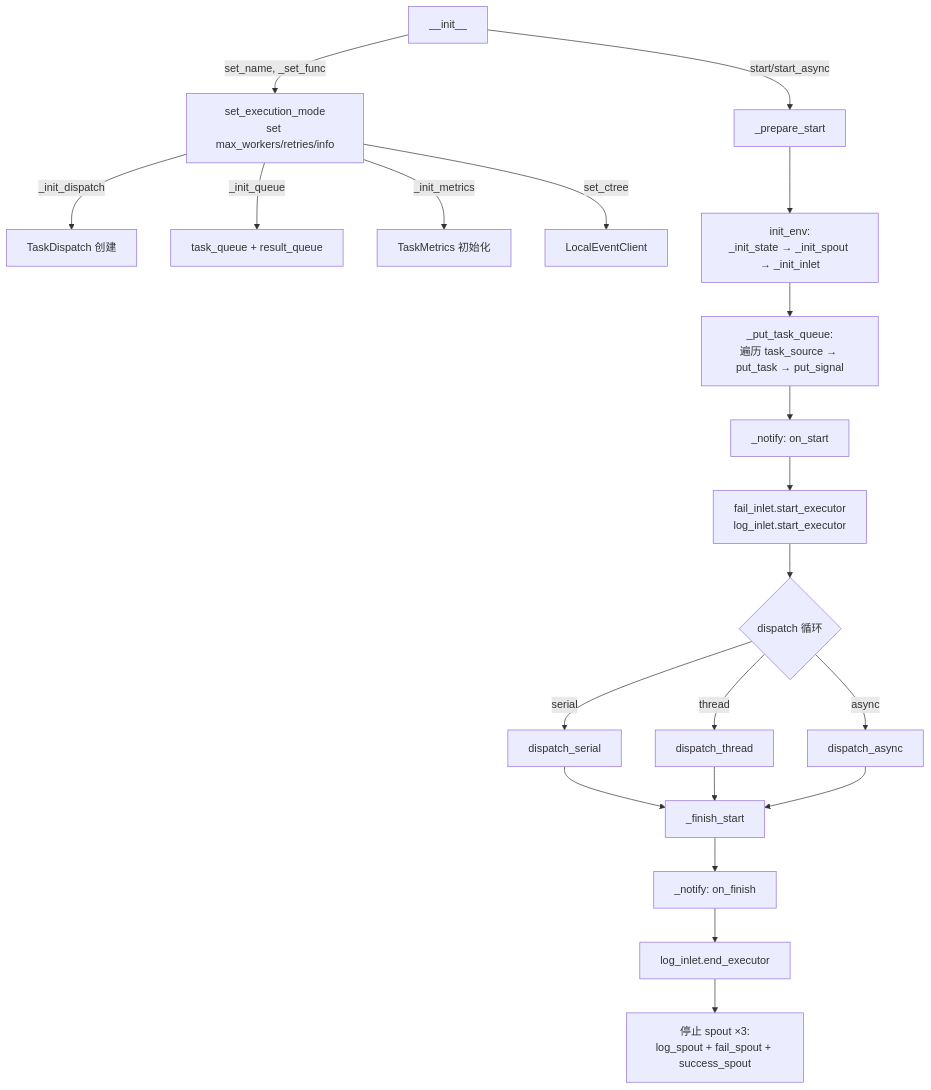
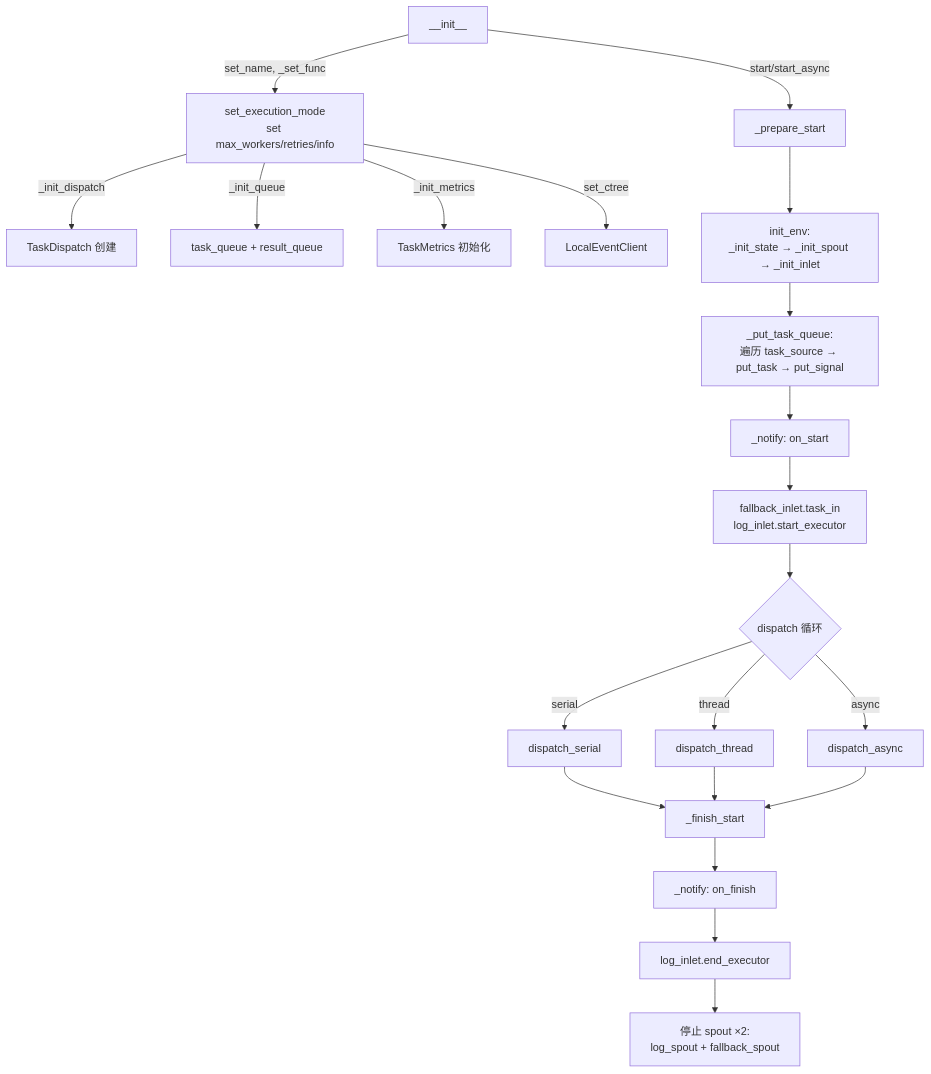
The diagram in docs/zh-CN/src/stage/core_executor.md (Mr-xiaotian/CelestialFlow), drawn with Mermaid before and after one commit. The commit also changed other lines of this file and 71 other files, not shown here.

````diff
--- a/docs/zh-CN/src/stage/core_executor.md
+++ b/docs/zh-CN/src/stage/core_executor.md
@@ -165,27 +174,27 @@
 ```mermaid
 flowchart TD
     INIT[__init__] -->|set_name, _set_func| CONFIG[set_execution_mode<br/>set max_workers/retries/info]
     CONFIG -->|_init_dispatch| DISPATCH[TaskDispatch 创建]
     CONFIG -->|_init_queue| QUEUE[task_queue + result_queue]
     CONFIG -->|_init_metrics| METRICS[TaskMetrics 初始化]
     CONFIG -->|set_ctree| CTREE[LocalEventClient]
 
     INIT -->|start/start_async| PREPARE[_prepare_start]
     PREPARE --> ENV[init_env:<br/>_init_state → _init_spout → _init_inlet]
     ENV --> PUT[_put_task_queue:<br/>遍历 task_source → put_task → put_signal]
     PUT --> NOTIFY_START[_notify: on_start]
-    NOTIFY_START --> LOG_START[fail_inlet.start_executor<br/>log_inlet.start_executor]
+    NOTIFY_START --> LOG_START[fallback_inlet.task_in<br/>log_inlet.start_executor]
 
     LOG_START --> RUN{dispatch 循环}
     RUN -->|serial| SERIAL[dispatch_serial]
     RUN -->|thread| THREAD[dispatch_thread]
     RUN -->|async| ASYNC[dispatch_async]
 
     SERIAL --> FINISH[_finish_start]
     THREAD --> FINISH
     ASYNC --> FINISH
 
     FINISH --> NOTIFY_END[_notify: on_finish]
     NOTIFY_END --> LOG_END[log_inlet.end_executor]
-    LOG_END --> STOP[停止 spout ×3:<br/>log_spout + fail_spout + success_spout]
+    LOG_END --> STOP[停止 spout ×2:<br/>log_spout + fallback_spout]
 ```
````
